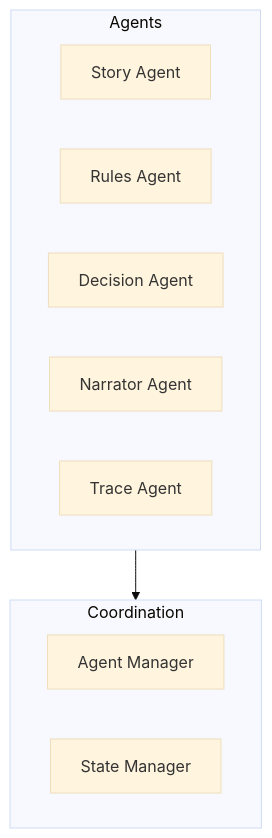
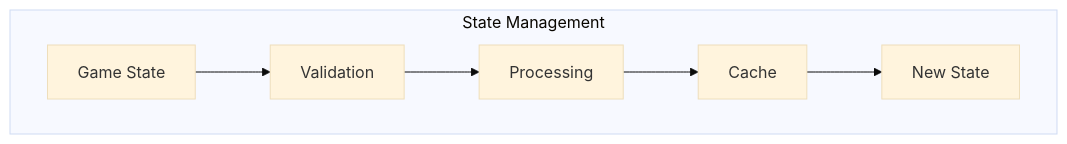
The third of 3 diagrams in docs/content/guides/concepts/core-features.md (Casys-AI/casys-rpg), drawn with Mermaid (base theme) before and after one commit. The commit also changed other lines of this file and 13 other files, not shown here.

````diff
--- a/docs/content/guides/concepts/core-features.md
+++ b/docs/content/guides/concepts/core-features.md
@@ -87,17 +84,9 @@
-```mermaid
-graph TD
-    subgraph Agents
-        SA[Story Agent]
-        RA[Rules Agent]
-        DA[Decision Agent]
-        NA[Narrator Agent]
-        TA[Trace Agent]
-    end
-    
-    subgraph Coordination
-        AM[Agent Manager]
-        SM[State Manager]
-    end
-    
-    Agents --> Coordination
-```
+        ```mermaid
+        graph TD
+            subgraph "State Management"
+                A[Game State] --> B[Validation]
+                B --> C[Processing]
+                C --> D[Cache]
+                D --> E[New State]
+            end
+        ```
````
